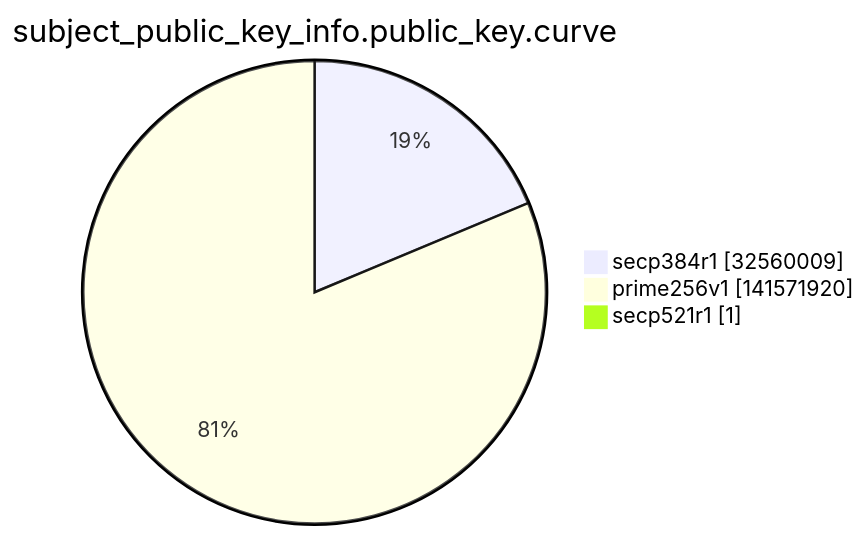
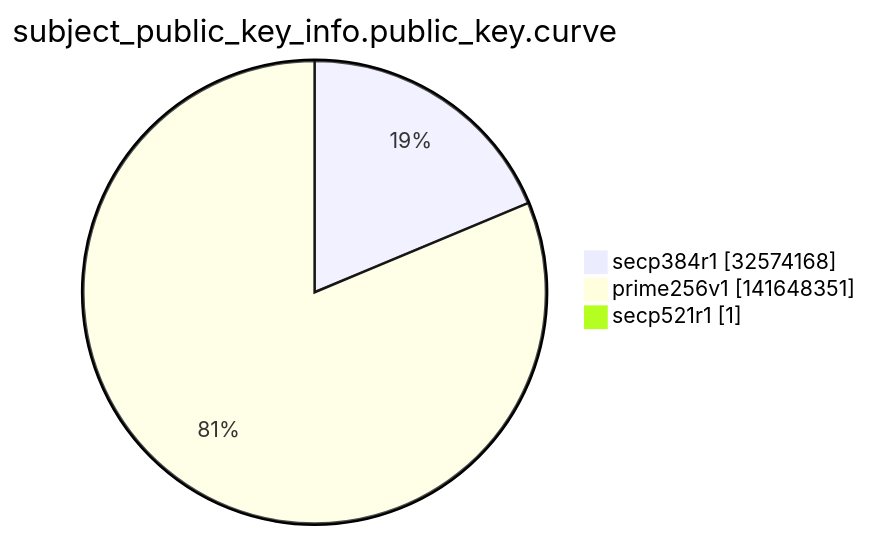
The ninth of 15 diagrams in argon2022/README.md (christiankrug/ctmonitor_visualization), drawn with Mermaid before and after one commit. The commit also changed other lines of this file, not shown here.

````diff
--- a/argon2022/README.md
+++ b/argon2022/README.md
@@ -2763,7 +2763,7 @@
 ```mermaid
 pie showData
 title subject_public_key_info.public_key.curve
-"secp384r1" :32560009
-"prime256v1" :141571920
+"secp384r1" :32574168
+"prime256v1" :141648351
 "secp521r1" :1
 ```
````
